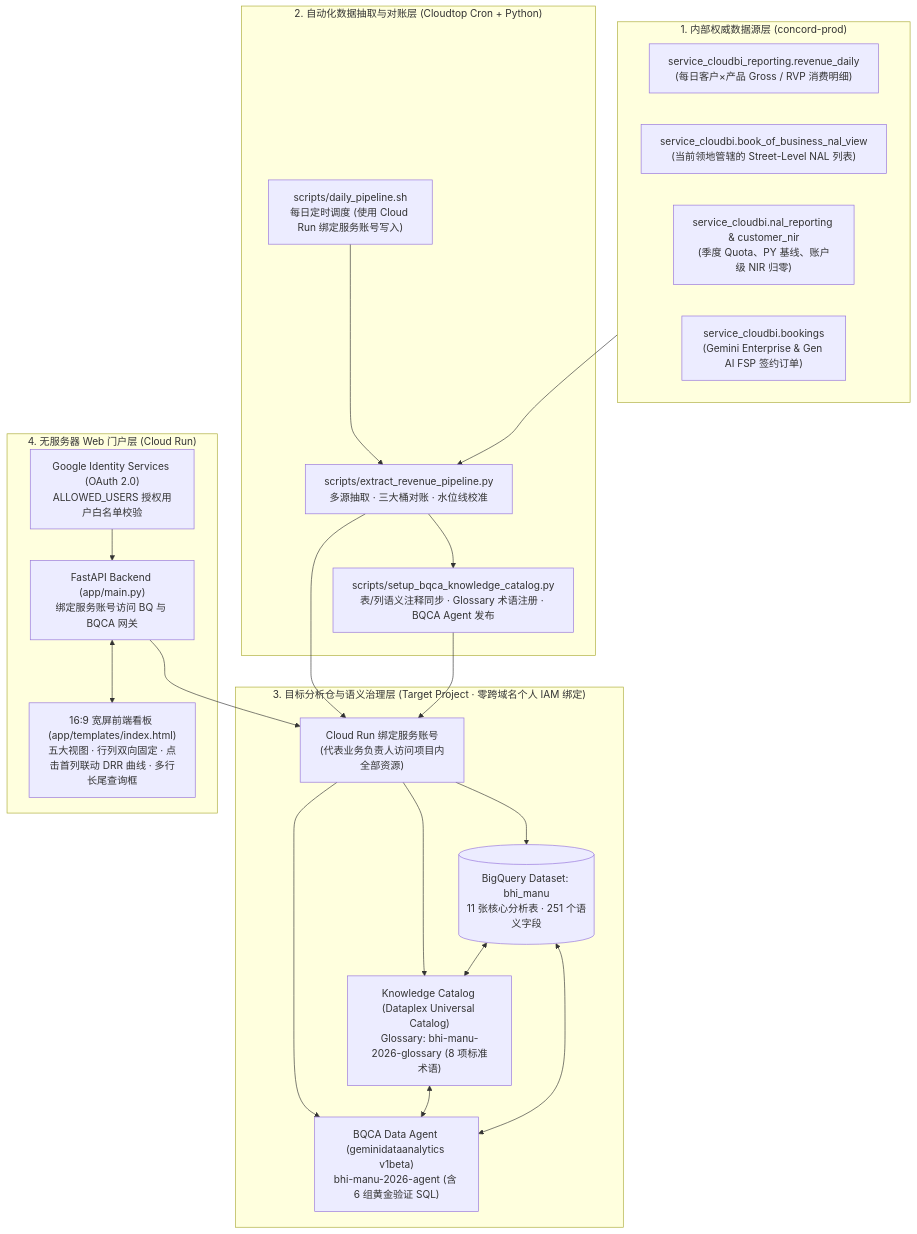
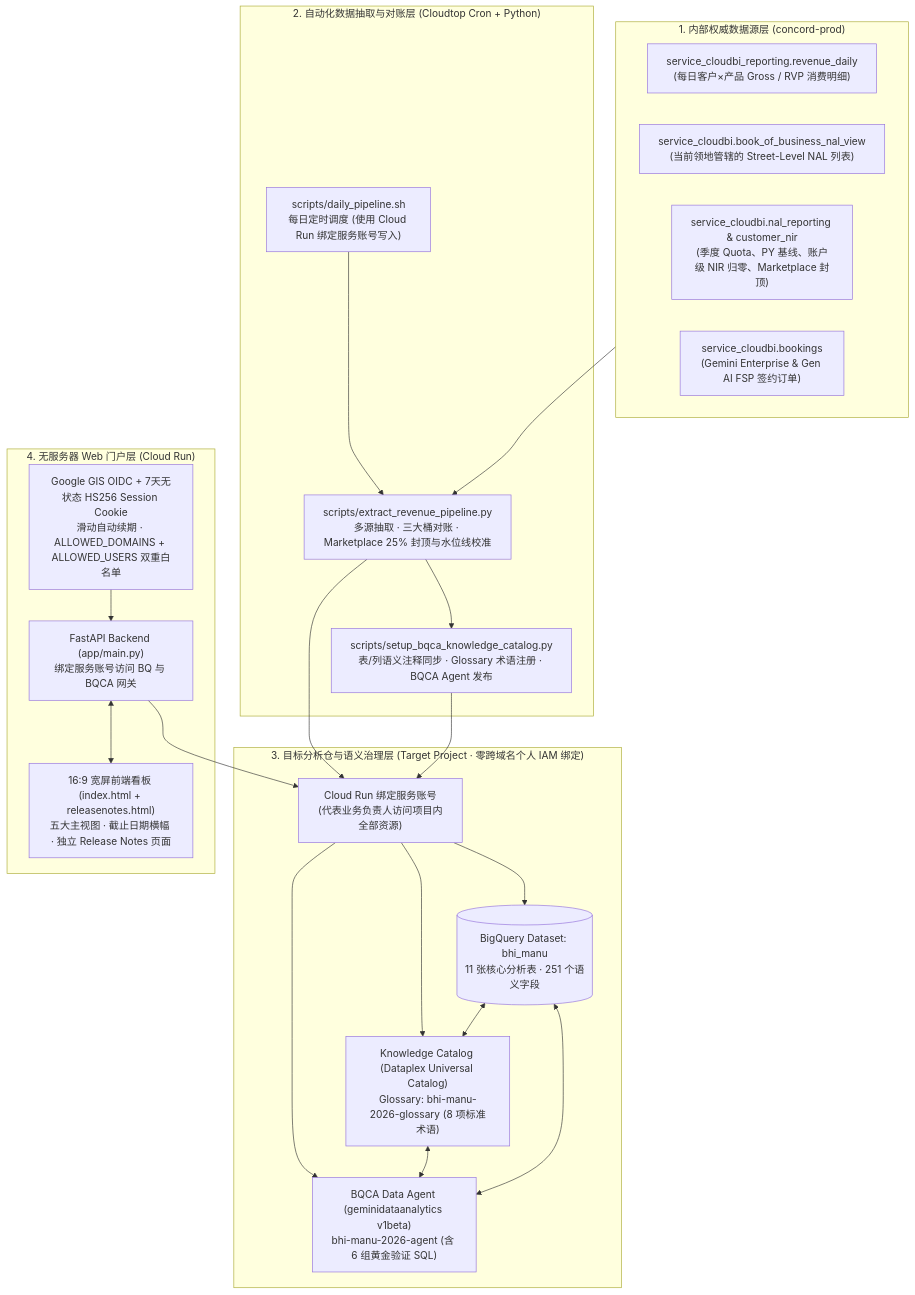
Before and after one commit to cliucn/manu-bhi: the first of 3 diagrams in SDD_v1.0.md, drawn with Mermaid. The commit also changed other lines of this file, not shown here.

Commit message:
docs: update SDD to v1.9 (7-day stateless session auth, Marketplace 25% cap & 1P-only rules, release notes page)

````diff
--- a/SDD_v1.0.md
+++ b/SDD_v1.0.md
@@ -32,41 +36,41 @@
 ```mermaid
 flowchart TB
     subgraph Source["1. 内部权威数据源层 (concord-prod)"]
         S1["service_cloudbi_reporting.revenue_daily<br/>(每日客户×产品 Gross / RVP 消费明细)"]
         S2["service_cloudbi.book_of_business_nal_view<br/>(当前领地管辖的 Street-Level NAL 列表)"]
-        S3["service_cloudbi.nal_reporting & customer_nir<br/>(季度 Quota、PY 基线、账户级 NIR 归零)"]
+        S3["service_cloudbi.nal_reporting & customer_nir<br/>(季度 Quota、PY 基线、账户级 NIR 归零、Marketplace 封顶)"]
         S4["service_cloudbi.bookings<br/>(Gemini Enterprise & Gen AI FSP 签约订单)"]
     end
 
     subgraph ETL["2. 自动化数据抽取与对账层 (Cloudtop Cron + Python)"]
-        P1["scripts/extract_revenue_pipeline.py<br/>多源抽取 · 三大桶对账 · 水位线校准"]
+        P1["scripts/extract_revenue_pipeline.py<br/>多源抽取 · 三大桶对账 · Marketplace 25% 封顶与水位线校准"]
         P2["scripts/setup_bqca_knowledge_catalog.py<br/>表/列语义注释同步 · Glossary 术语注册 · BQCA Agent 发布"]
         P3["scripts/daily_pipeline.sh<br/>每日定时调度 (使用 Cloud Run 绑定服务账号写入)"]
         P3 --> P1 --> P2
     end
 
     subgraph DW["3. 目标分析仓与语义治理层 (Target Project · 零跨域名个人 IAM 绑定)"]
         SA["Cloud Run 绑定服务账号<br/>(代表业务负责人访问项目内全部资源)"]
         BQ[("BigQuery Dataset: bhi_manu<br/>11 张核心分析表 · 251 个语义字段")]
         KC["Knowledge Catalog (Dataplex Universal Catalog)<br/>Glossary: bhi-manu-2026-glossary (8 项标准术语)"]
         CA["BQCA Data Agent (geminidataanalytics v1beta)<br/>bhi-manu-2026-agent (含 6 组黄金验证 SQL)"]
         SA --> BQ
         SA --> KC
         SA --> CA
         BQ <--> KC
         KC <--> CA
         BQ <--> CA
     end
 
     subgraph Web["4. 无服务器 Web 门户层 (Cloud Run)"]
-        AUTH["Google Identity Services (OAuth 2.0)<br/>ALLOWED_USERS 授权用户白名单校验"]
+        AUTH["Google GIS OIDC + 7天无状态 HS256 Session Cookie<br/>滑动自动续期 · ALLOWED_DOMAINS + ALLOWED_USERS 双重白名单"]
         API["FastAPI Backend (app/main.py)<br/>绑定服务账号访问 BQ 与 BQCA 网关"]
-        UI["16:9 宽屏前端看板 (app/templates/index.html)<br/>五大视图 · 行列双向固定 · 点击首列联动 DRR 曲线 · 多行长尾查询框"]
+        UI["16:9 宽屏前端看板 (index.html + releasenotes.html)<br/>五大主视图 · 截止日期横幅 · 独立 Release Notes 页面"]
         AUTH --> API <--> UI
     end
 
     Source --> P1
     P1 --> SA
     P2 --> SA
     API --> SA
 ```
````
